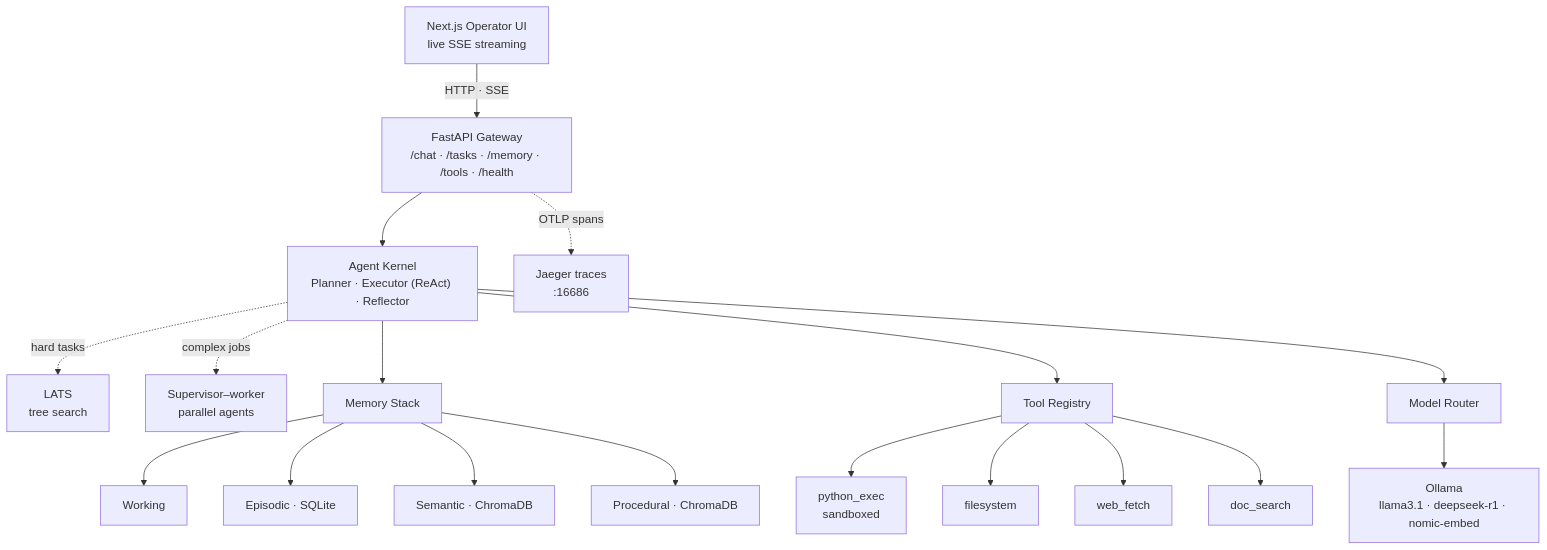
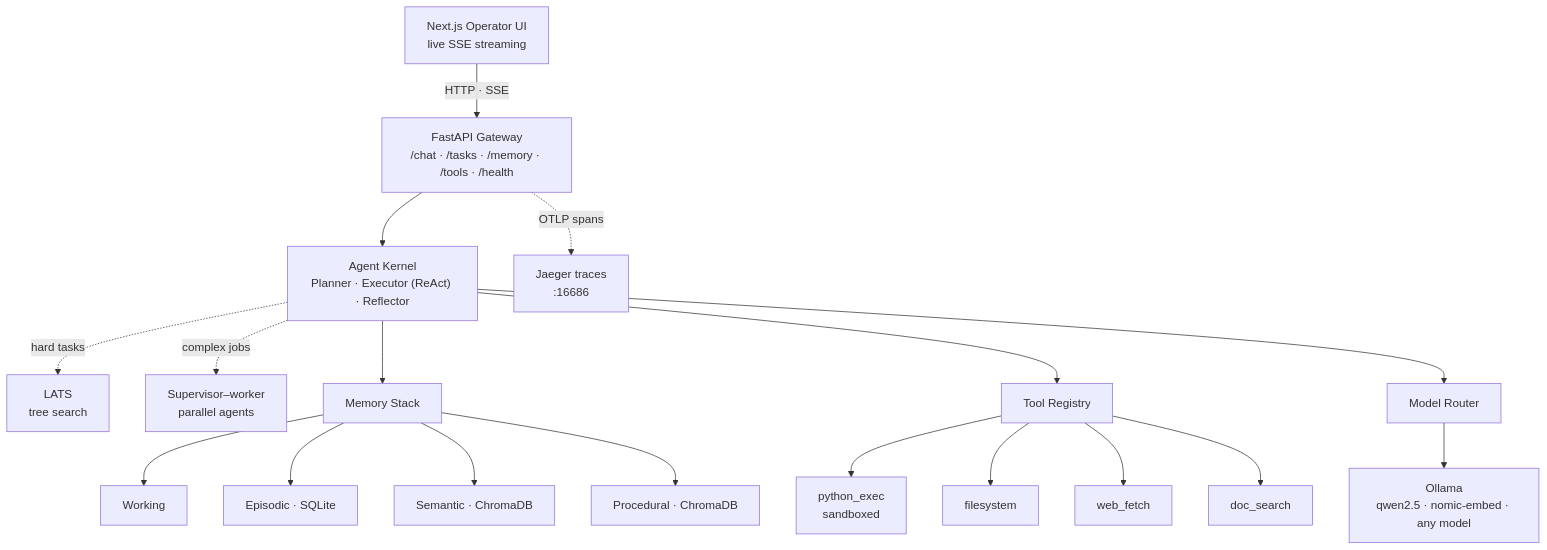
One commit to roydonsequeira/CORTEX-Private-Intelligence-Framework changed the first of 2 diagrams in README.md. Above: the diagram before and after it, drawn with Mermaid. The commit also changed other lines of this file and 40 other files, not shown here.

````diff
--- a/README.md
+++ b/README.md
@@ -29,24 +29,24 @@
 ```mermaid
 flowchart TB
     UI["Next.js Operator UI<br/>live SSE streaming"] -->|HTTP · SSE| API["FastAPI Gateway<br/>/chat · /tasks · /memory · /tools · /health"]
     API --> Kernel["Agent Kernel<br/>Planner · Executor (ReAct) · Reflector"]
     Kernel -. hard tasks .-> LATS["LATS<br/>tree search"]
     Kernel -. complex jobs .-> SUP["Supervisor–worker<br/>parallel agents"]
 
     Kernel --> Mem["Memory Stack"]
     Kernel --> Tools["Tool Registry"]
     Kernel --> Router["Model Router"]
 
     Mem --> Working["Working"]
     Mem --> Episodic["Episodic · SQLite"]
     Mem --> Semantic["Semantic · ChromaDB"]
     Mem --> Procedural["Procedural · ChromaDB"]
 
     Tools --> PyExec["python_exec<br/>sandboxed"]
     Tools --> FS["filesystem"]
     Tools --> Web["web_fetch"]
     Tools --> Doc["doc_search"]
 
-    Router --> Ollama["Ollama<br/>llama3.1 · deepseek-r1 · nomic-embed"]
+    Router --> Ollama["Ollama<br/>qwen2.5 · nomic-embed · any model"]
     API -. OTLP spans .-> Jaeger["Jaeger traces<br/>:16686"]
 ```
````
